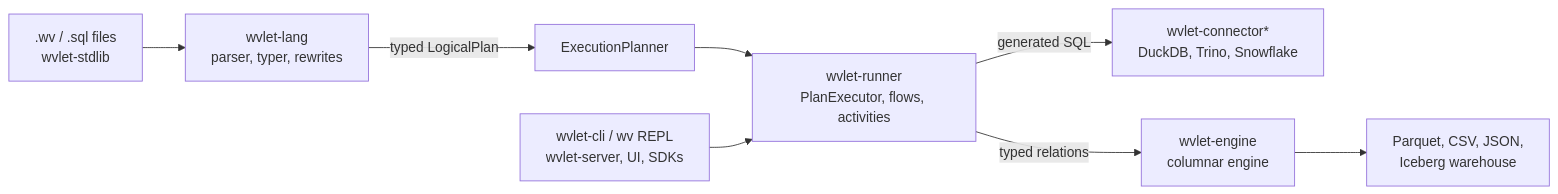
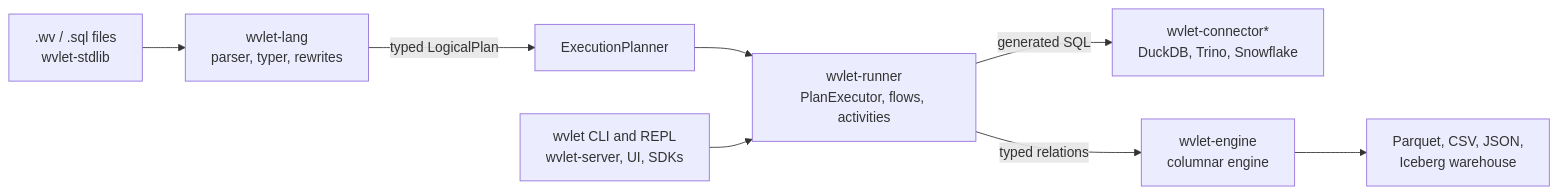
The diagram in ARCHITECTURE.md (wvlet/wvlet), drawn with Mermaid before and after one commit. The commit also changed other lines of this file and 39 other files, not shown here.

First line of the commit message:
feature: Make wvlet one command across npm, Native, and the JVM CLI (#2529)

````diff
--- a/ARCHITECTURE.md
+++ b/ARCHITECTURE.md
@@ -13,10 +13,10 @@
 ```mermaid
 flowchart LR
   Src[".wv / .sql files<br/>wvlet-stdlib"] --> Lang["wvlet-lang<br/>parser, typer, rewrites"]
   Lang -- "typed LogicalPlan" --> Plan["ExecutionPlanner"]
   Plan --> Runner["wvlet-runner<br/>PlanExecutor, flows, activities"]
   Runner -- "generated SQL" --> Conn["wvlet-connector*<br/>DuckDB, Trino, Snowflake"]
   Runner -- "typed relations" --> Engine["wvlet-engine<br/>columnar engine"]
   Engine --> Data["Parquet, CSV, JSON,<br/>Iceberg warehouse"]
-  CLI["wvlet-cli / wv REPL<br/>wvlet-server, UI, SDKs"] --> Runner
+  CLI["wvlet CLI and REPL<br/>wvlet-server, UI, SDKs"] --> Runner
 ```
````
